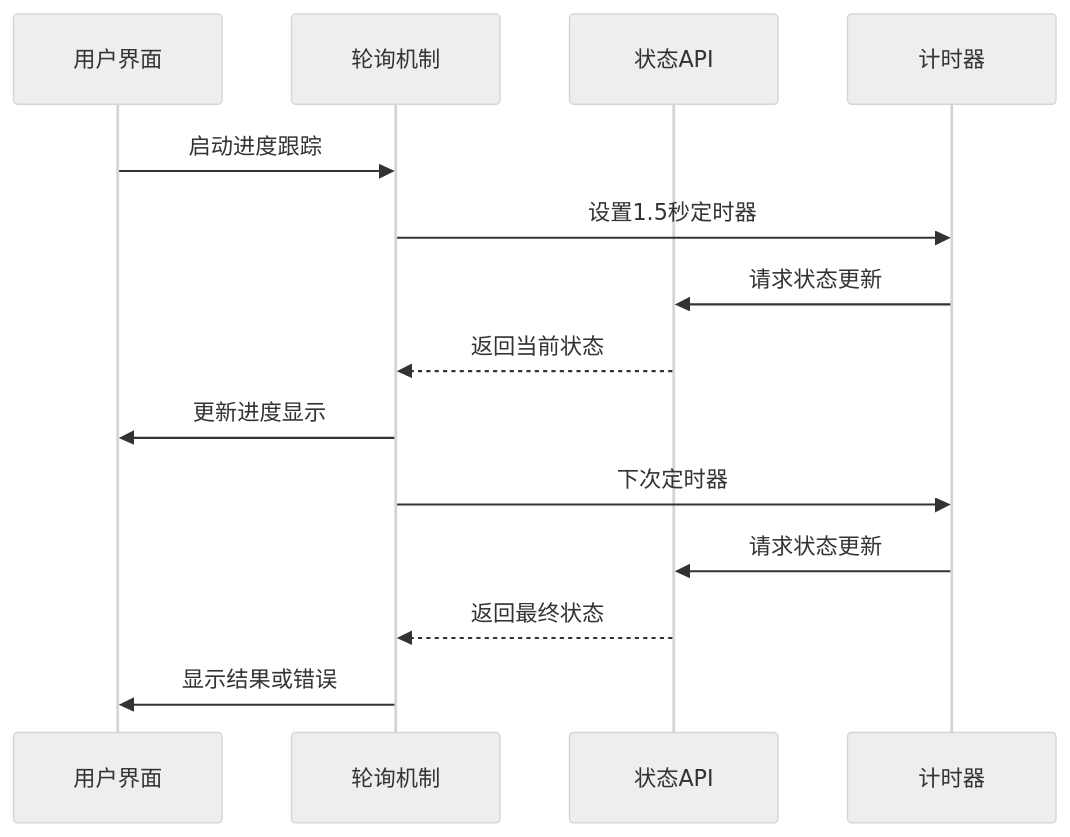
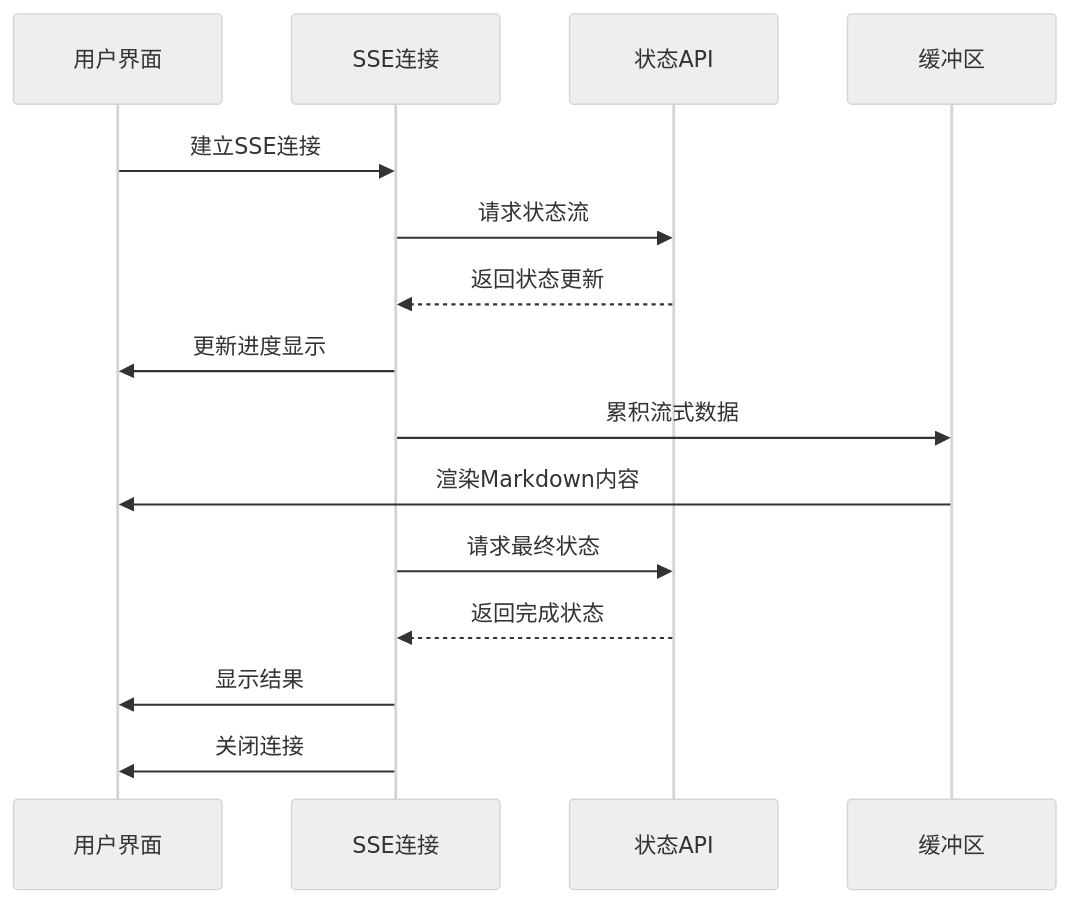
Before and after one commit to tjujingzong/Novel-to-Screenplay: the sixth of 13 diagrams in .qoder/repowiki/zh/content/前端界面/JavaScript交互逻辑.md, drawn with Mermaid (neutral theme). The commit also changed other lines of this file and 6 other files, not shown here.

````diff
--- a/.qoder/repowiki/zh/content/前端界面/JavaScript交互逻辑.md
+++ b/.qoder/repowiki/zh/content/前端界面/JavaScript交互逻辑.md
@@ -240,16 +283,17 @@
 ```mermaid
 sequenceDiagram
 participant UI as 用户界面
-participant Polling as 轮询机制
+participant SSE as SSE连接
 participant API as 状态API
-participant Timer as 计时器
-UI->>Polling : 启动进度跟踪
-Polling->>Timer : 设置1.5秒定时器
-Timer->>API : 请求状态更新
-API-->>Polling : 返回当前状态
-Polling->>UI : 更新进度显示
-Polling->>Timer : 下次定时器
-Timer->>API : 请求状态更新
-API-->>Polling : 返回最终状态
-Polling->>UI : 显示结果或错误
+participant Buffer as 缓冲区
+UI->>SSE : 建立SSE连接
+SSE->>API : 请求状态流
+API-->>SSE : 返回状态更新
+SSE->>UI : 更新进度显示
+SSE->>Buffer : 累积流式数据
+Buffer->>UI : 渲染Markdown内容
+SSE->>API : 请求最终状态
+API-->>SSE : 返回完成状态
+SSE->>UI : 显示结果
+SSE->>UI : 关闭连接
 ```
````
